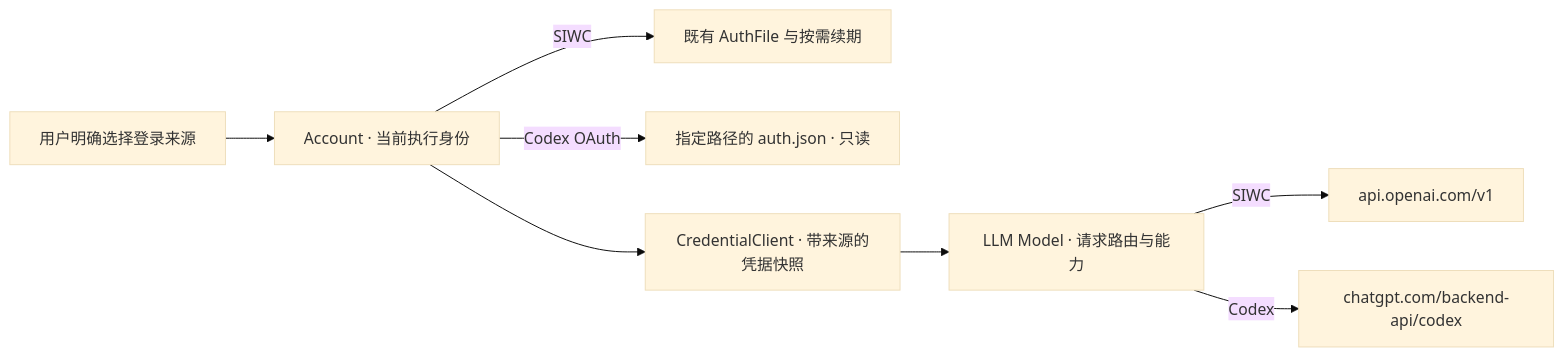
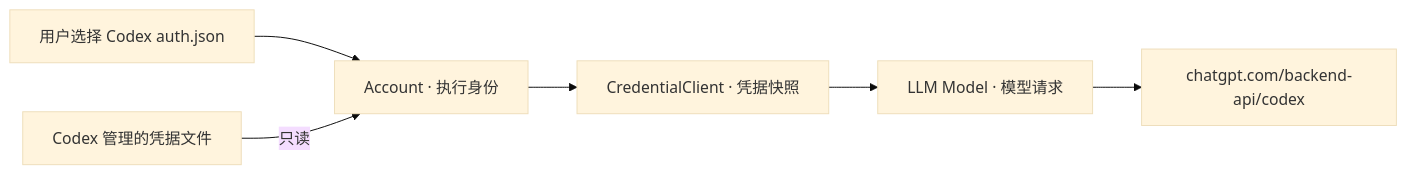
The diagram in docs/design/subscription-media/01-authentication-and-routing.md (slc90/Agentelier), drawn with Mermaid (base theme) before and after one commit. The commit also changed other lines of this file and 11 other files, not shown here.

First line of the commit message:
Plan SIWC retirement after the Codex OAuth migration

````diff
--- a/docs/design/subscription-media/01-authentication-and-routing.md
+++ b/docs/design/subscription-media/01-authentication-and-routing.md
@@ -11,10 +7,8 @@
 ```mermaid
 flowchart LR
-    Choice["用户明确选择登录来源"] --> Owner["Account · 当前执行身份"]
-    Owner -->|SIWC| Session["既有 AuthFile 与按需续期"]
-    Owner -->|Codex OAuth| External["指定路径的 auth.json · 只读"]
-    Owner --> Credential["CredentialClient · 带来源的凭据快照"]
-    Credential --> Model["LLM Model · 请求路由与能力"]
-    Model -->|SIWC| API1["api.openai.com/v1"]
-    Model -->|Codex| API2["chatgpt.com/backend-api/codex"]
+    Choice["用户选择 Codex auth.json"] --> Owner["Account · 执行身份"]
+    External["Codex 管理的凭据文件"] -->|只读| Owner
+    Owner --> Credential["CredentialClient · 凭据快照"]
+    Credential --> Model["LLM Model · 模型请求"]
+    Model --> API["chatgpt.com/backend-api/codex"]
 ```
````
